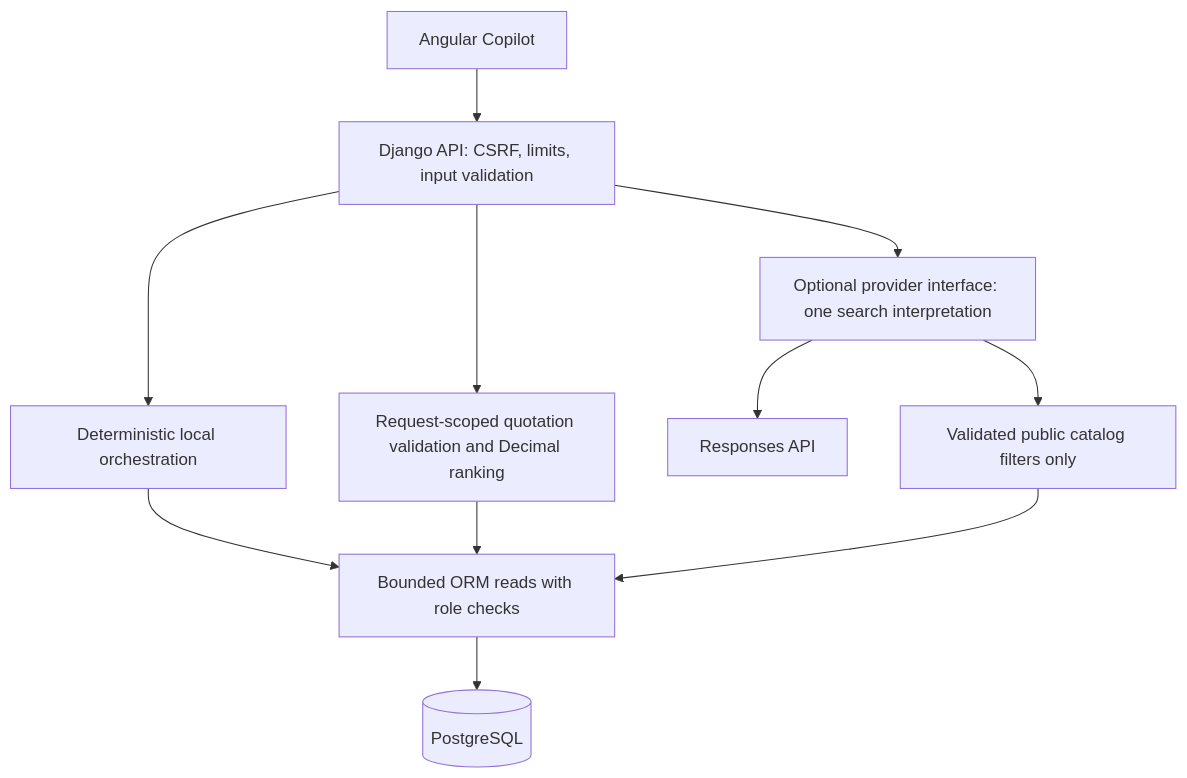
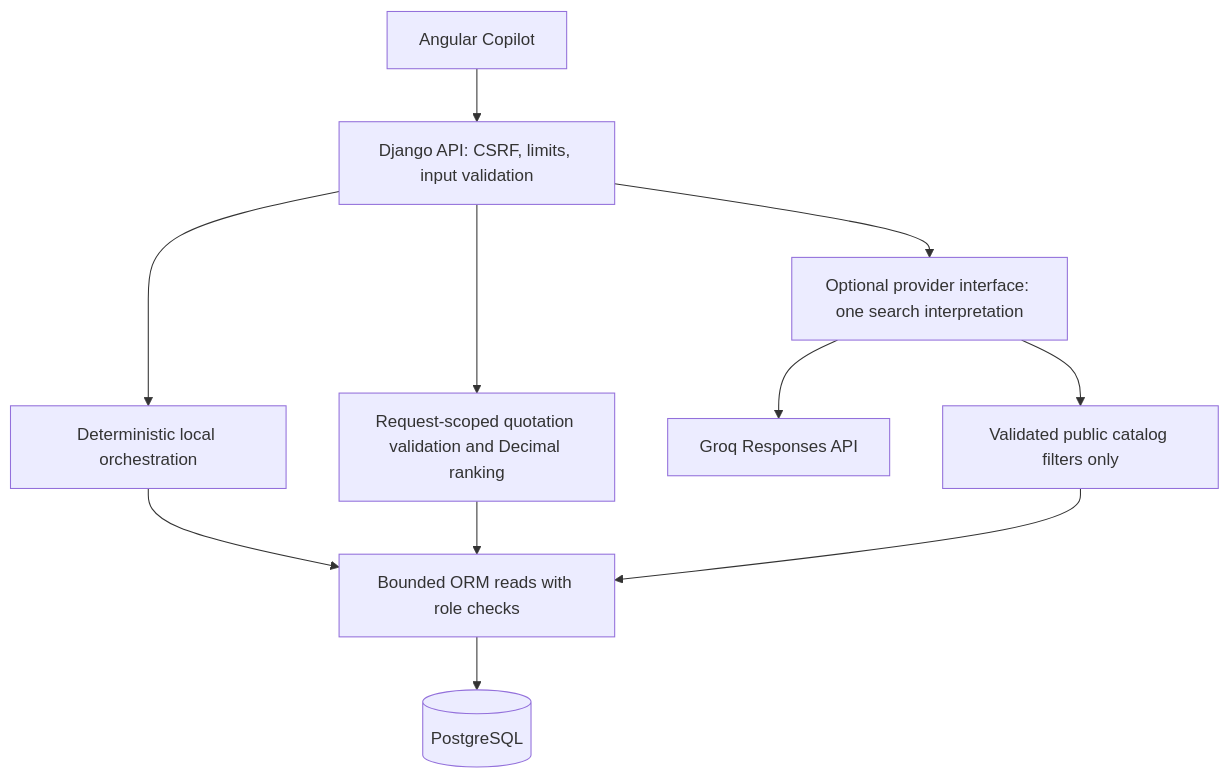
The diagram in docs/AI_COPILOT.md (bekksr/jedel-group-database), drawn with Mermaid before and after one commit. The commit also changed other lines of this file and 63 other files, not shown here.

````diff
--- a/docs/AI_COPILOT.md
+++ b/docs/AI_COPILOT.md
@@ -13,13 +13,13 @@
 ```mermaid
 flowchart TD
   UI[Angular Copilot] --> API[Django API: CSRF, limits, input validation]
   API --> Local[Deterministic local orchestration]
   Local --> Tools[Bounded ORM reads with role checks]
   Tools --> DB[(PostgreSQL)]
   API --> CSV[Request-scoped quotation validation and Decimal ranking]
   CSV --> Tools
   API --> Provider[Optional provider interface: one search interpretation]
-  Provider --> OpenAI[Responses API]
+  Provider --> Groq[Groq Responses API]
   Provider --> Safe[Validated public catalog filters only]
   Safe --> Tools
 ```
````
